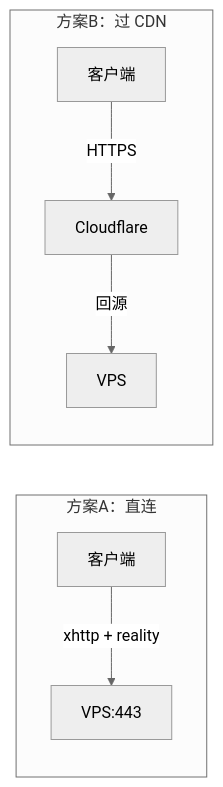
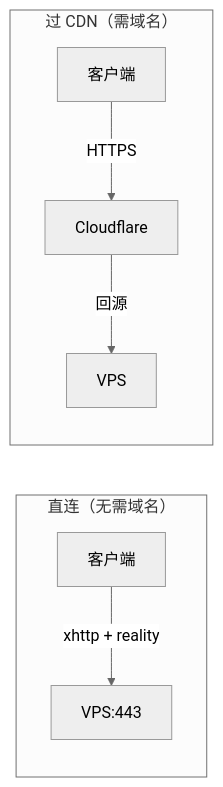
One commit to DamienZCollins/Personal-Proxy changed the third of 3 diagrams in README.md. Above: the diagram before and after it, drawn with Mermaid (neutral theme). The commit also changed other lines of this file, not shown here.

````diff
--- a/README.md
+++ b/README.md
@@ -268,10 +64,10 @@
 ```mermaid
 flowchart LR
-    subgraph A["方案A：直连"]
+    subgraph A["直连（无需域名）"]
         C1[客户端] -->|"xhttp + reality"| S1["VPS:443"]
     end
-    subgraph B["方案B：过 CDN"]
-        C2[客户端] -->|"HTTPS"| CDN["Cloudflare"]
-        CDN -->|"回源"| S2["VPS"]
+    subgraph B["过 CDN（需域名）"]
+        C2[客户端] -->|HTTPS| CDN["Cloudflare"]
+        CDN -->|回源| S2["VPS"]
     end
 ```
````
